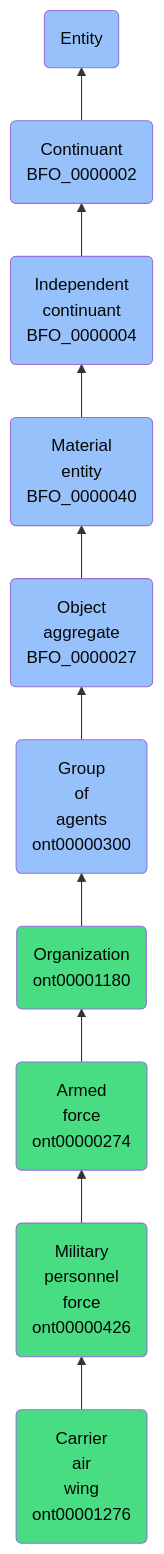
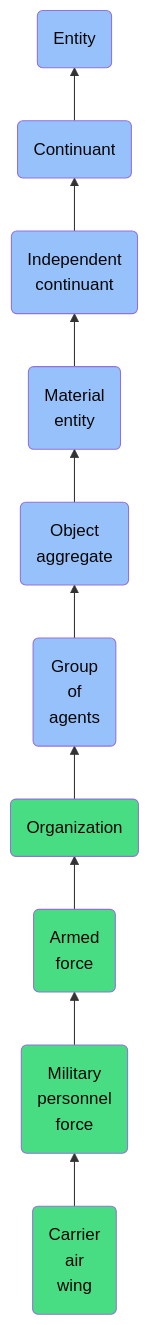
Before and after one commit to jupyter-naas/abi: the diagram in docs/ontology/reference/model/Entity/Continuant/Independent continuant/Material entity/Object aggregate/Group of agents/Organization/Armed force/Military personnel force/Carrier air wing/Carrier air wing.md, drawn with Mermaid. The commit also changed other lines of this file and 1430 other files, not shown here.

````diff
--- a/docs/ontology/reference/model/Entity/Continuant/Independent continuant/Material entity/Object aggregate/Group of agents/Organization/Armed force/Military personnel force/Carrier air wing/Carrier air wing.md
+++ b/docs/ontology/reference/model/Entity/Continuant/Independent continuant/Material entity/Object aggregate/Group of agents/Organization/Armed force/Military personnel force/Carrier air wing/Carrier air wing.md
@@ -24,17 +24,17 @@
 ```mermaid
 graph BT
-    ont00001276(Carrier<br>air<br>wing<br>ont00001276):::ABI-->ont00000426
-    ont00000426(Military<br>personnel<br>force<br>ont00000426):::ABI-->ont00000274
-    ont00000274(Armed<br>force<br>ont00000274):::ABI-->ont00001180
-    ont00001180(Organization<br>ont00001180):::ABI-->ont00000300
-    ont00000300(Group<br>of<br>agents<br>ont00000300):::BFO-->BFO_0000027
-    BFO_0000027(Object<br>aggregate<br>BFO_0000027):::BFO-->BFO_0000040
-    BFO_0000040(Material<br>entity<br>BFO_0000040):::BFO-->BFO_0000004
-    BFO_0000004(Independent<br>continuant<br>BFO_0000004):::BFO-->BFO_0000002
-    BFO_0000002(Continuant<br>BFO_0000002):::BFO-->BFO_0000001
+    ont00001276(Carrier<br>air<br>wing):::ABI-->ont00000426
+    ont00000426(Military<br>personnel<br>force):::ABI-->ont00000274
+    ont00000274(Armed<br>force):::ABI-->ont00001180
+    ont00001180(Organization):::ABI-->ont00000300
+    ont00000300(Group<br>of<br>agents):::BFO-->BFO_0000027
+    BFO_0000027(Object<br>aggregate):::BFO-->BFO_0000040
+    BFO_0000040(Material<br>entity):::BFO-->BFO_0000004
+    BFO_0000004(Independent<br>continuant):::BFO-->BFO_0000002
+    BFO_0000002(Continuant):::BFO-->BFO_0000001
     BFO_0000001(Entity):::BFO
     
     classDef BFO fill:#97c1fb,color:#060606
     classDef CCO fill:#e4c51e,color:#060606
     classDef ABI fill:#48DD82,color:#060606
 ```
````
